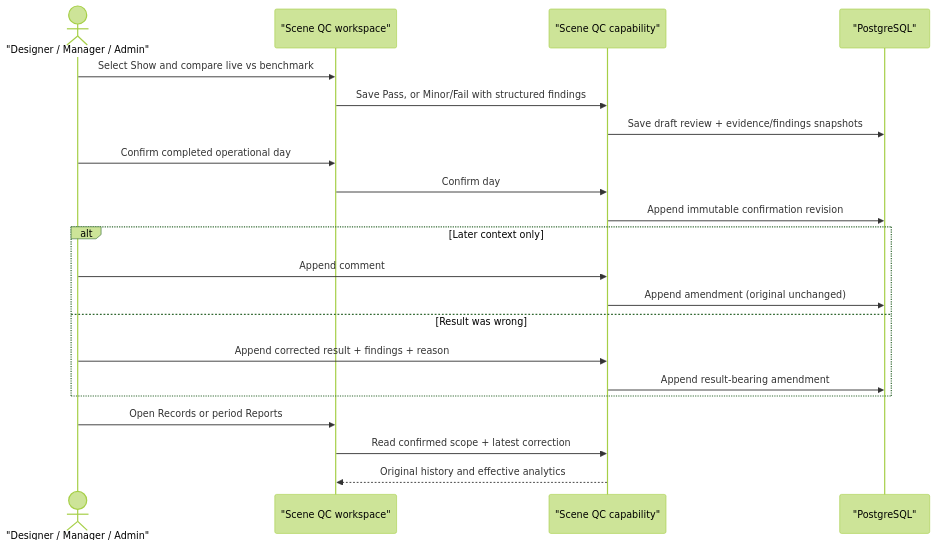
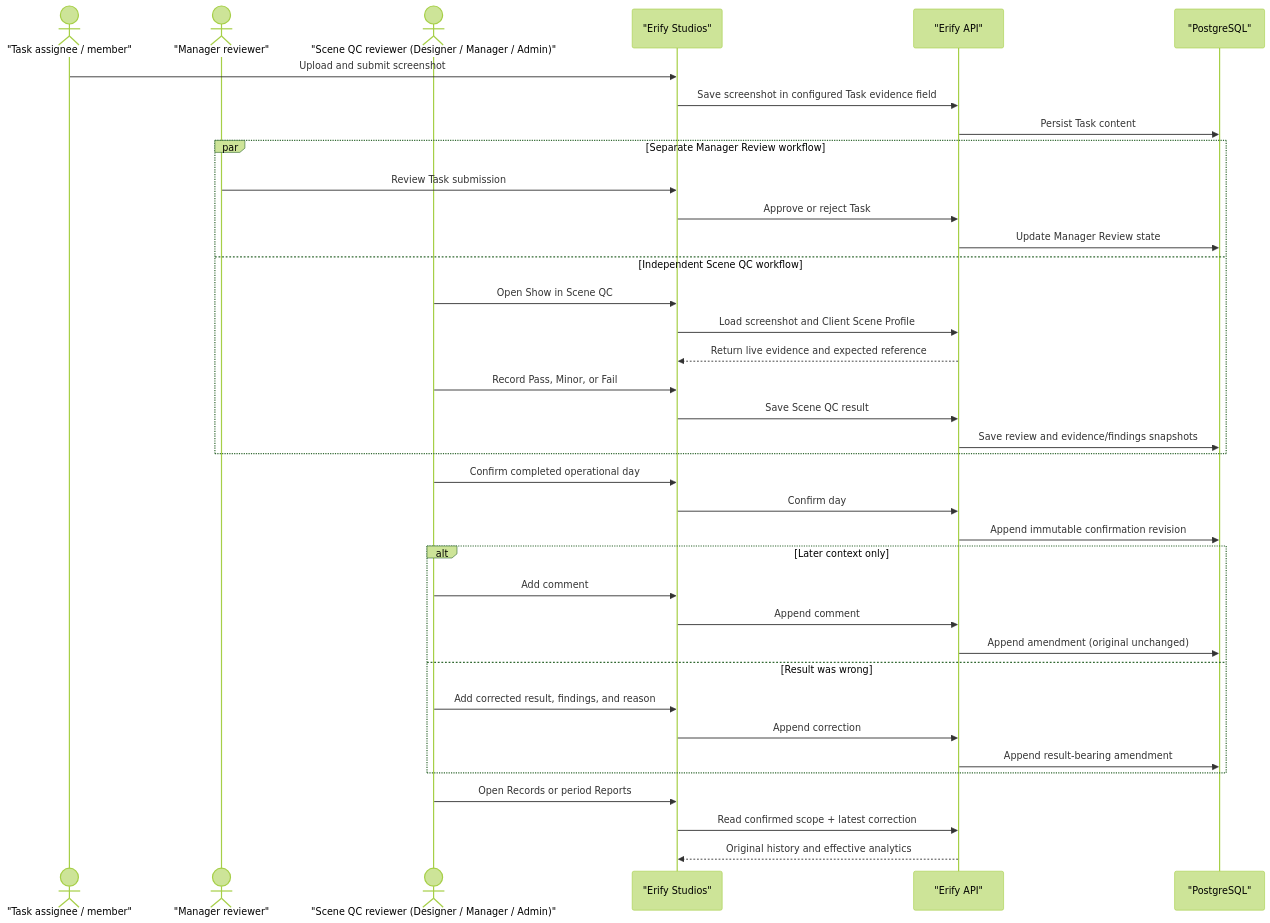
The diagram in docs/features/scene-qc.md (allenlin90/eridu-services), drawn with Mermaid (forest theme) before and after one commit. The commit also changed other lines of this file and 2 other files, not shown here.

Commit message:
docs(scene-qc): clarify actor workflow

````diff
--- a/docs/features/scene-qc.md
+++ b/docs/features/scene-qc.md
@@ -66,24 +68,40 @@
 ```mermaid
 sequenceDiagram
-  actor Reviewer as "Designer / Manager / Admin"
-  participant UI as "Scene QC workspace"
-  participant API as "Scene QC capability"
+  actor Member as "Task assignee / member"
+  actor Manager as "Manager reviewer"
+  actor QC as "Scene QC reviewer (Designer / Manager / Admin)"
+  participant UI as "Erify Studios"
+  participant API as "Erify API"
   participant DB as "PostgreSQL"
 
-  Reviewer->>UI: Select Show and compare live vs benchmark
-  UI->>API: Save Pass, or Minor/Fail with structured findings
-  API->>DB: Save draft review + evidence/findings snapshots
-  Reviewer->>UI: Confirm completed operational day
+  Member->>UI: Upload and submit screenshot
+  UI->>API: Save screenshot in configured Task evidence field
+  API->>DB: Persist Task content
+  par Separate Manager Review workflow
+    Manager->>UI: Review Task submission
+    UI->>API: Approve or reject Task
+    API->>DB: Update Manager Review state
+  and Independent Scene QC workflow
+    QC->>UI: Open Show in Scene QC
+    UI->>API: Load screenshot and Client Scene Profile
+    API-->>UI: Return live evidence and expected reference
+    QC->>UI: Record Pass, Minor, or Fail
+    UI->>API: Save Scene QC result
+    API->>DB: Save review and evidence/findings snapshots
+  end
+  QC->>UI: Confirm completed operational day
   UI->>API: Confirm day
   API->>DB: Append immutable confirmation revision
   alt Later context only
-    Reviewer->>API: Append comment
+    QC->>UI: Add comment
+    UI->>API: Append comment
     API->>DB: Append amendment (original unchanged)
   else Result was wrong
-    Reviewer->>API: Append corrected result + findings + reason
+    QC->>UI: Add corrected result, findings, and reason
+    UI->>API: Append correction
     API->>DB: Append result-bearing amendment
   end
-  Reviewer->>UI: Open Records or period Reports
+  QC->>UI: Open Records or period Reports
   UI->>API: Read confirmed scope + latest correction
   API-->>UI: Original history and effective analytics
 ```
````
